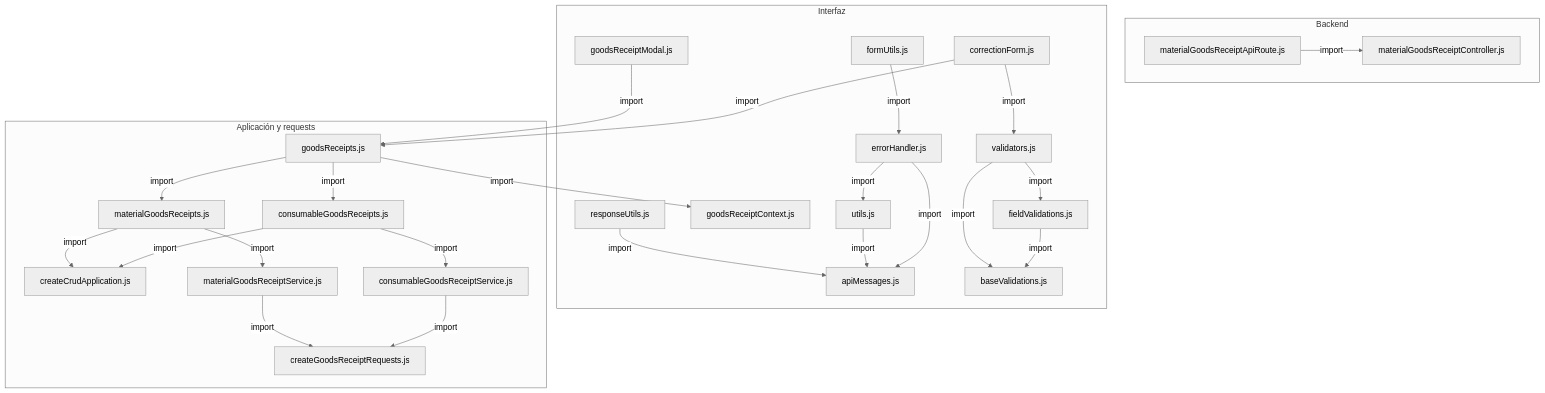
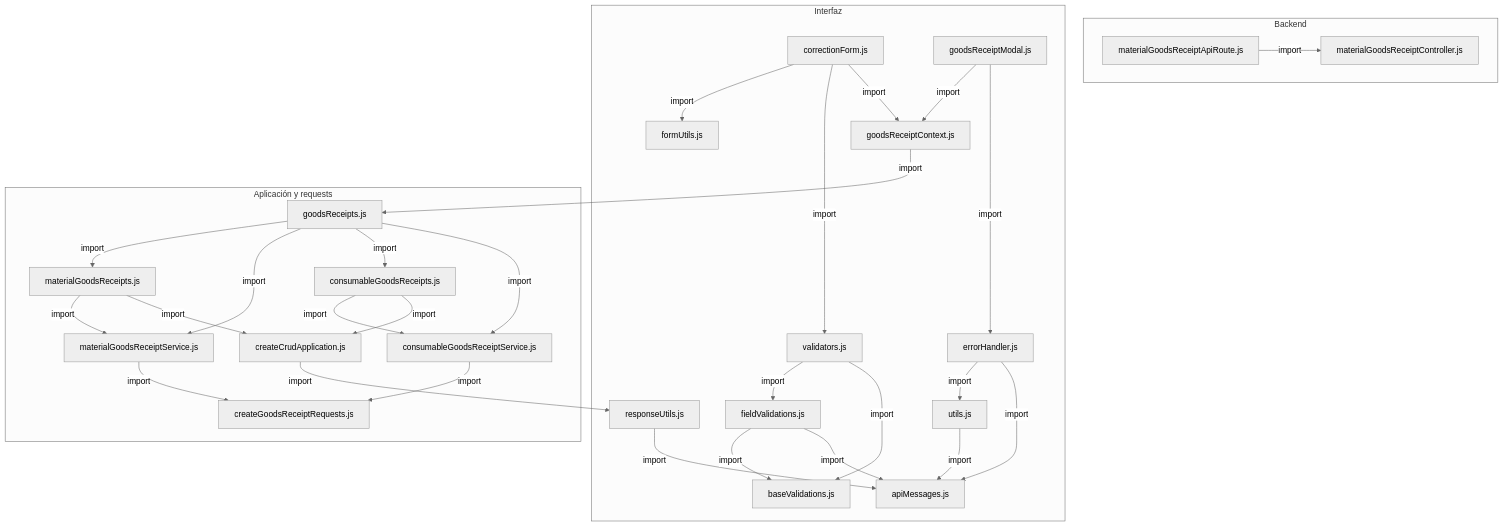
Before and after one commit to gpgsistemas01/nexus: the first of 3 diagrams in docs/architecture/views/processes/frontend-code-sequences/purchases/cu-ent-04.md, drawn with Mermaid (neutral theme). The commit also changed 200 other files, not shown here.

````diff
--- a/docs/architecture/views/processes/frontend-code-sequences/purchases/cu-ent-04.md
+++ b/docs/architecture/views/processes/frontend-code-sequences/purchases/cu-ent-04.md
@@ -65,50 +65,55 @@
 ```mermaid
 flowchart TB
     subgraph Component0["Backend"]
         FileMaterialGoodsReceiptController["materialGoodsReceiptController.js"]
         Transport["materialGoodsReceiptApiRoute.js"]
     end
     subgraph Component1["Interfaz"]
         FileErrorHandler["errorHandler.js"]
         FileUtils["utils.js"]
         FileApiMessages["apiMessages.js"]
         View["correctionForm.js"]
         FileGoodsReceiptContext["goodsReceiptContext.js"]
         Modal["goodsReceiptModal.js"]
         FormUtils["formUtils.js"]
         FileResponseUtils["responseUtils.js"]
         FileBaseValidations["baseValidations.js"]
         FileFieldValidations["fieldValidations.js"]
         FileValidators["validators.js"]
     end
     subgraph Component2["Aplicación y requests"]
         Application["createCrudApplication.js"]
         FileConsumableGoodsReceipts["consumableGoodsReceipts.js"]
         FileGoodsReceipts["goodsReceipts.js"]
         FileMaterialGoodsReceipts["materialGoodsReceipts.js"]
         FileConsumableGoodsReceiptService["consumableGoodsReceiptService.js"]
         Request["createGoodsReceiptRequests.js"]
         FileMaterialGoodsReceiptService["materialGoodsReceiptService.js"]
     end
+    Application -->|import| FileResponseUtils
+    FileConsumableGoodsReceiptService -->|import| Request
+    FileConsumableGoodsReceipts -->|import| Application
+    FileConsumableGoodsReceipts -->|import| FileConsumableGoodsReceiptService
     FileErrorHandler -->|import| FileApiMessages
     FileErrorHandler -->|import| FileUtils
+    FileFieldValidations -->|import| FileApiMessages
+    FileFieldValidations -->|import| FileBaseValidations
+    FileGoodsReceiptContext -->|import| FileGoodsReceipts
+    FileGoodsReceipts -->|import| FileConsumableGoodsReceiptService
+    FileGoodsReceipts -->|import| FileConsumableGoodsReceipts
+    FileGoodsReceipts -->|import| FileMaterialGoodsReceiptService
+    FileGoodsReceipts -->|import| FileMaterialGoodsReceipts
+    FileMaterialGoodsReceiptService -->|import| Request
+    FileMaterialGoodsReceipts -->|import| Application
+    FileMaterialGoodsReceipts -->|import| FileMaterialGoodsReceiptService
+    FileResponseUtils -->|import| FileApiMessages
     FileUtils -->|import| FileApiMessages
-    FileConsumableGoodsReceipts -->|import| FileConsumableGoodsReceiptService
-    FileConsumableGoodsReceipts -->|import| Application
-    FileGoodsReceipts -->|import| FileMaterialGoodsReceipts
-    FileGoodsReceipts -->|import| FileConsumableGoodsReceipts
-    FileGoodsReceipts -->|import| FileGoodsReceiptContext
-    FileMaterialGoodsReceipts -->|import| FileMaterialGoodsReceiptService
-    FileMaterialGoodsReceipts -->|import| Application
-    View -->|import| FileGoodsReceipts
-    View -->|import| FileValidators
-    Modal -->|import| FileGoodsReceipts
-    FileConsumableGoodsReceiptService -->|import| Request
-    FileMaterialGoodsReceiptService -->|import| Request
-    FormUtils -->|import| FileErrorHandler
-    FileResponseUtils -->|import| FileApiMessages
-    FileFieldValidations -->|import| FileBaseValidations
     FileValidators -->|import| FileBaseValidations
     FileValidators -->|import| FileFieldValidations
+    Modal -->|import| FileErrorHandler
+    Modal -->|import| FileGoodsReceiptContext
     Transport -->|import| FileMaterialGoodsReceiptController
+    View -->|import| FileGoodsReceiptContext
+    View -->|import| FileValidators
+    View -->|import| FormUtils
 ```
````
